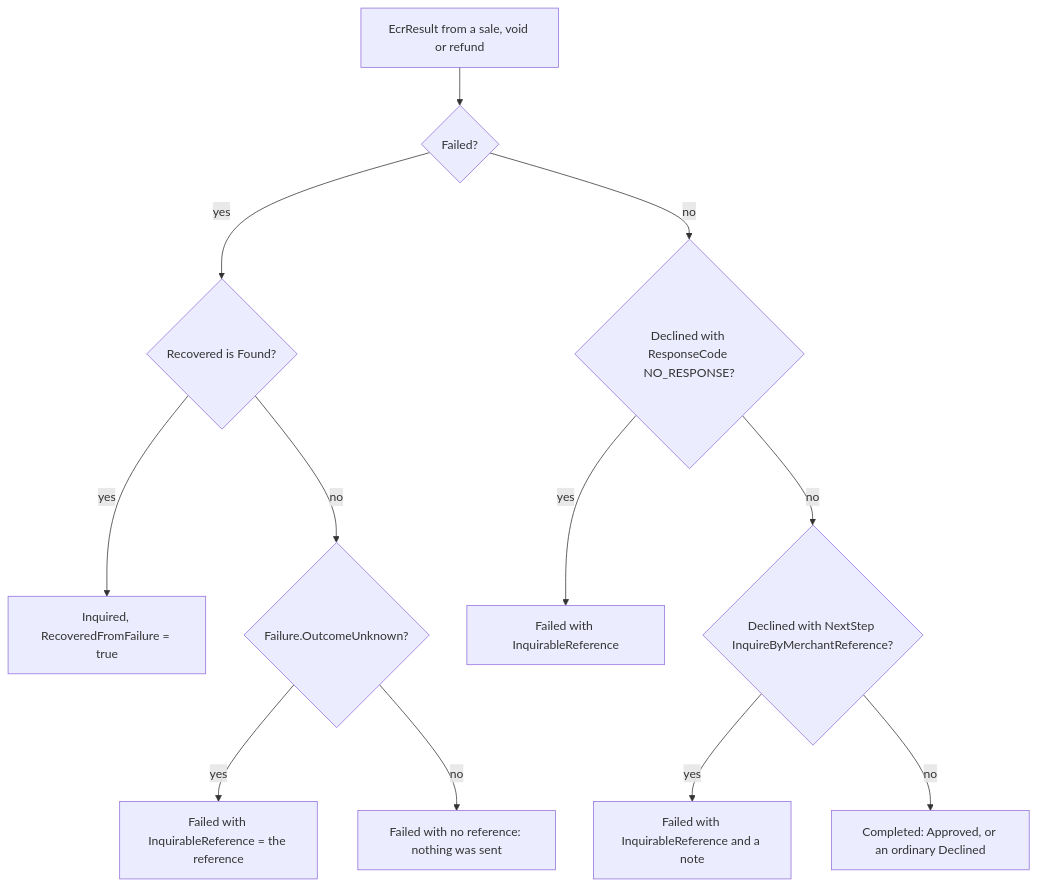
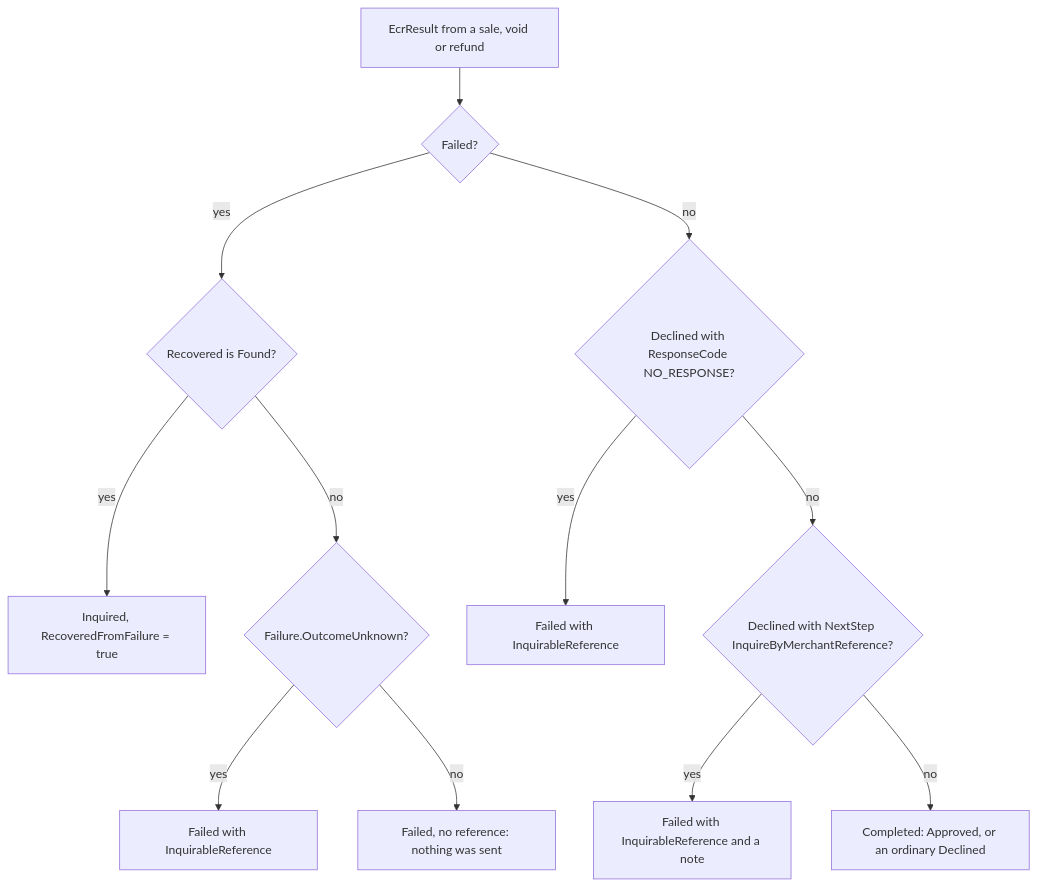
Before and after one commit to amwal-pay/AmwalpayEcrWindowsExample: the fourth of 4 diagrams in Windows-Native-Example/docs/implementation.md, drawn with Mermaid. The commit also changed other lines of this file and 28 other files, not shown here.

````diff
--- a/Windows-Native-Example/docs/implementation.md
+++ b/Windows-Native-Example/docs/implementation.md
@@ -632,14 +336,14 @@
 ```mermaid
 flowchart TD
     R["EcrResult from a sale, void or refund"] --> Fl{"Failed?"}
     Fl -- yes --> Rec{"Recovered is Found?"}
     Rec -- yes --> Inq["Inquired, RecoveredFromFailure = true"]
     Rec -- no --> Unk{"Failure.OutcomeUnknown?"}
-    Unk -- yes --> FR["Failed with InquirableReference = the reference"]
-    Unk -- no --> FN["Failed with no reference: nothing was sent"]
+    Unk -- yes --> FR["Failed with InquirableReference"]
+    Unk -- no --> FN["Failed, no reference: nothing was sent"]
     Fl -- no --> NR{"Declined with ResponseCode NO_RESPONSE?"}
     NR -- yes --> FW["Failed with InquirableReference"]
     NR -- no --> NS{"Declined with NextStep InquireByMerchantReference?"}
     NS -- yes --> FU["Failed with InquirableReference and a note"]
     NS -- no --> Cmp["Completed: Approved, or an ordinary Declined"]
 ```
````
